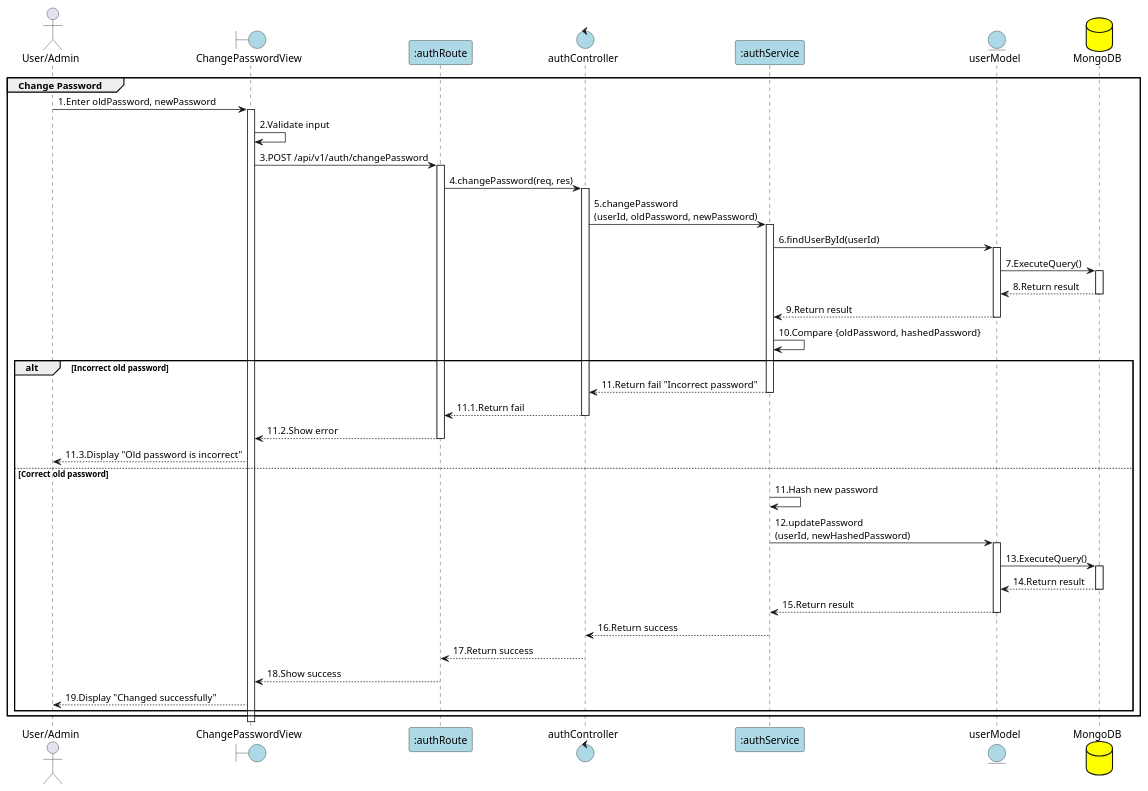
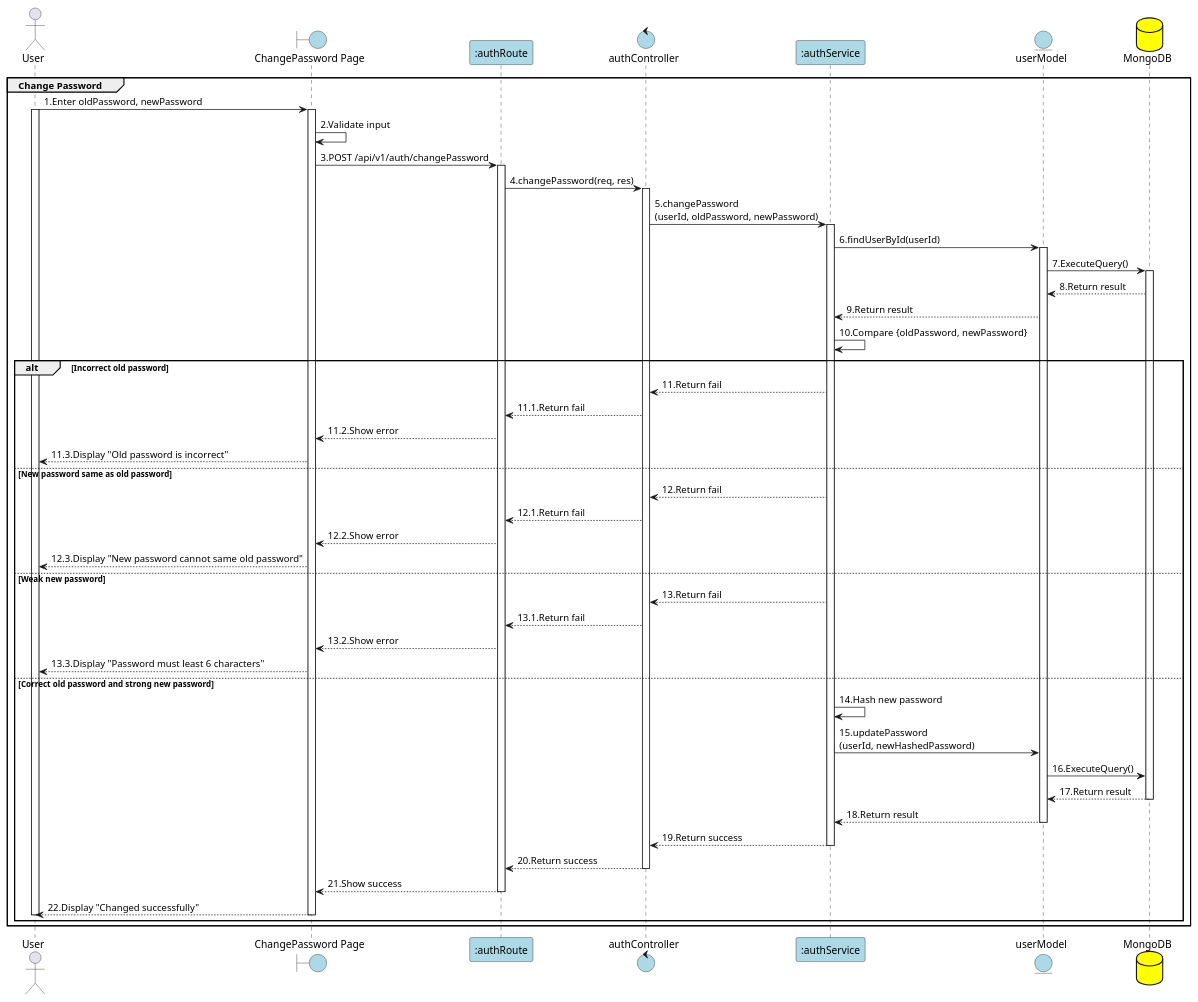
One commit to Aohkne/CaloCook changed the diagram in PlanUML/2_changePassword.puml. Above: the diagram before and after it, drawn with PlantUML. The commit also changed 23 other files, not shown here.

```diff
--- a/PlanUML/2_changePassword.puml
+++ b/PlanUML/2_changePassword.puml
@@ -1,76 +1,80 @@
 @startuml changePassword
 
-actor User as "User/Admin"
-boundary "ChangePasswordView" as View #lightblue
+actor User as "User"
+boundary "ChangePassword Page" as View #lightblue
 participant ":authRoute" as Route #lightblue
 control "authController" as Controller #lightblue
 participant ":authService" as Service #lightblue
 entity "userModel" as Model #lightblue
 database "MongoDB" as MongoDB #yellow
 
-
 group Change Password
 User -> View: 1.Enter oldPassword, newPassword
 activate View
+activate User
 
 View -> View: 2.Validate input
 View -> Route: 3.POST /api/v1/auth/changePassword
 activate Route
 
 Route -> Controller: 4.changePassword(req, res)
 activate Controller
 
 Controller -> Service: 5.changePassword\n(userId, oldPassword, newPassword)
 activate Service
 
 Service -> Model: 6.findUserById(userId)
 activate Model
 
 Model -> MongoDB: 7.ExecuteQuery()
 activate MongoDB
 MongoDB --> Model: 8.Return result
-deactivate MongoDB
 
 Model --> Service: 9.Return result
-deactivate Model
 
-Service -> Service: 10.Compare {oldPassword, hashedPassword}
+Service -> Service: 10.Compare {oldPassword, newPassword}
 
 alt Incorrect old password
-    Service --> Controller: 11.Return fail "Incorrect password"
+    Service --> Controller: 11.Return fail 
+    Controller --> Route: 11.1.Return fail
+    Route --> View: 11.2.Show error
+    View --> User: 11.3.Display "Old password is incorrect"
+
+else New password same as old password
+    Service --> Controller: 12.Return fail 
+    Controller --> Route: 12.1.Return fail
+    Route --> View: 12.2.Show error
+    View --> User: 12.3.Display "New password cannot same old password"
+
+else Weak new password
+    Service --> Controller: 13.Return fail 
+    Controller --> Route: 13.1.Return fail
+    Route --> View: 13.2.Show error
+    View --> User: 13.3.Display "Password must least 6 characters"
+
+else Correct old password and strong new password
+    Service -> Service: 14.Hash new password
+    Service -> Model: 15.updatePassword\n(userId, newHashedPassword)
+
+    Model -> MongoDB: 16.ExecuteQuery()
+    MongoDB --> Model: 17.Return result
+    deactivate MongoDB
+
+    Model --> Service: 18.Return result
+    deactivate Model
+
+    Service --> Controller: 19.Return success
     deactivate Service
 
-    Controller --> Route: 11.1.Return fail
+    Controller --> Route: 20.Return success
     deactivate Controller
 
-    Route --> View: 11.2.Show error
+    Route --> View: 21.Show success
     deactivate Route
 
-    View --> User: 11.3.Display "Old password is incorrect"
-
-else Correct old password
-    Service -> Service: 11.Hash new password
-    Service -> Model: 12.updatePassword\n(userId, newHashedPassword)
-    activate Model
-
-    Model -> MongoDB: 13.ExecuteQuery()
-    activate MongoDB
-    MongoDB --> Model: 14.Return result
-    deactivate MongoDB
-
-    Model --> Service: 15.Return result
-    deactivate Model
-
-    Service --> Controller: 16.Return success
-    deactivate Service
-
-    Controller --> Route: 17.Return success
-    deactivate Controller
-
-    Route --> View: 18.Show success
-    deactivate Route
-
-    View --> User: 19.Display "Changed successfully"
+    View --> User: 22.Display "Changed successfully"
+    deactivate View
+    deactivate User
 end
 end 
 @enduml
```
